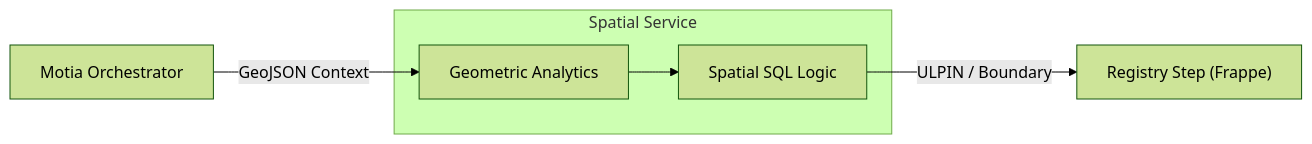
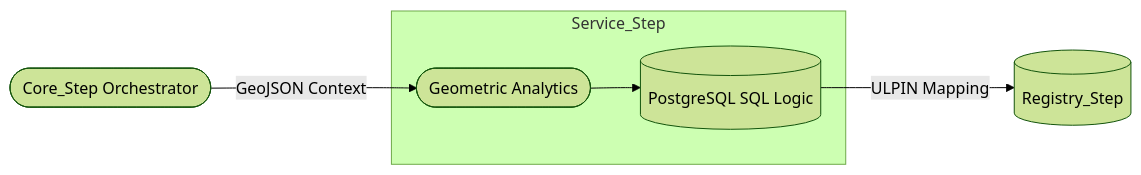
One commit to internetartsy/JK changed the second of 2 diagrams in documentation/spatial_geo.md. Above: the diagram before and after it, drawn with Mermaid (forest theme). The commit also changed other lines of this file and 37 other files, not shown here.

````diff
--- a/documentation/spatial_geo.md
+++ b/documentation/spatial_geo.md
@@ -19,13 +68,13 @@
 ```mermaid
 flowchart LR
-    MO["Motia Orchestrator"]
-    subgraph Service_Step [Spatial Service]
-        PostGIS["Spatial SQL Logic"]
-        Analyse["Geometric Analytics"]
+    MO(["Core_Step Orchestrator"])
+    subgraph Service_Stage [Service_Step]
+        PostGIS[("PostgreSQL SQL Logic")]
+        Analyse(["Geometric Analytics"])
     end
-    Frappe["Registry Step (Frappe)"]
+    Frappe[("Registry_Step")]
 
     MO -->|"GeoJSON Context"| Analyse
     Analyse --> PostGIS
-    PostGIS -->|"ULPIN / Boundary"| Frappe
+    PostGIS -->|"ULPIN Mapping"| Frappe
 ```
````
